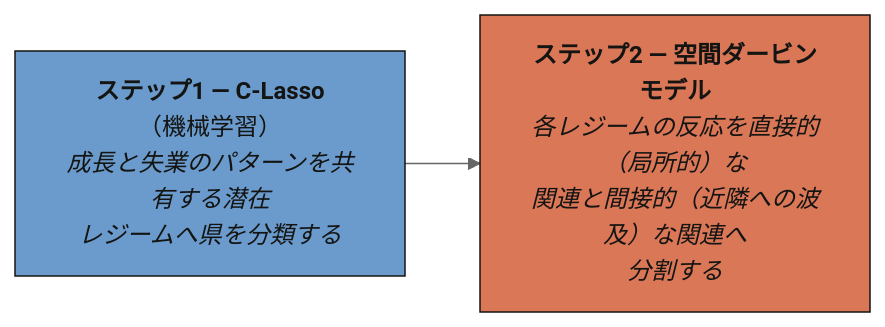
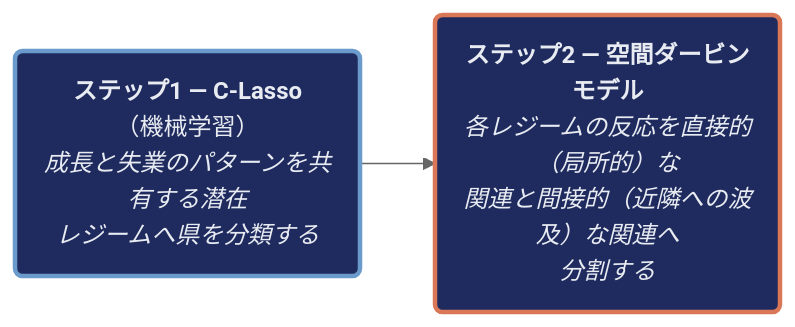
One commit to cmg777/starter-academic-v501 changed the diagram in content/ja/publication/20260528-EM/index.md. Above: the diagram before and after it, drawn with Mermaid (neutral theme). The commit also changed 10 other files, not shown here.

First line of the commit message:
content(mermaid): restyle flowcharts in Stata posts (batch 2 of 2) and the EM publication (EN/ES/JA); add log

````diff
--- a/content/ja/publication/20260528-EM/index.md
+++ b/content/ja/publication/20260528-EM/index.md
@@ -98,10 +98,11 @@
 ```mermaid
 graph LR
-    A["<b>ステップ1 — C-Lasso</b><br/>（機械学習）<br/><i>成長と失業のパターンを共有する潜在<br/>レジームへ県を分類する</i>"]
-    B["<b>ステップ2 — 空間ダービンモデル</b><br/><i>各レジームの反応を直接的（局所的）な<br/>関連と間接的（近隣への波及）な関連へ<br/>分割する</i>"]
+    A("<b>ステップ1 — C-Lasso</b><br/>（機械学習）<br/><i>成長と失業のパターンを共有する潜在<br/>レジームへ県を分類する</i>")
+    B("<b>ステップ2 — 空間ダービンモデル</b><br/><i>各レジームの反応を直接的（局所的）な<br/>関連と間接的（近隣への波及）な関連へ<br/>分割する</i>")
 
     A --> B
-
-    style A fill:#6a9bcc,stroke:#141413,color:#141413
-    style B fill:#d97757,stroke:#141413,color:#141413
+    classDef blue fill:#1f2b5e,stroke:#6a9bcc,stroke-width:3px,color:#e8ecf2
+    classDef orange fill:#1f2b5e,stroke:#d97757,stroke-width:3px,color:#e8ecf2
+    class A blue
+    class B orange
 ```
````
